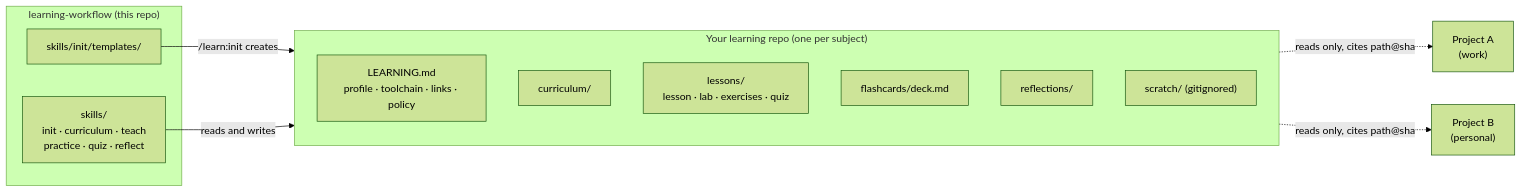
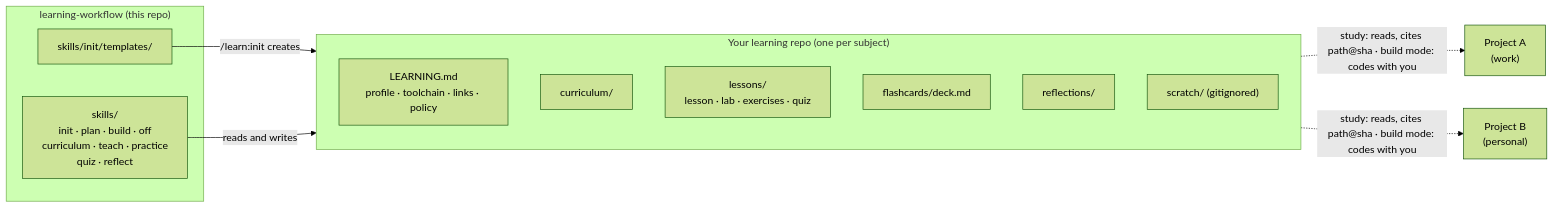
Before and after one commit to rafagomes/learning-workflow: the first of 3 diagrams in README.md, drawn with Mermaid (forest theme). The commit also changed other lines of this file and 6 other files, not shown here.

Commit message:
docs: consistent status rules, FAQ anchors, build-mode walkthrough, diagram and spec alignment

````diff
--- a/README.md
+++ b/README.md
@@ -67,21 +67,21 @@
 ```mermaid
 flowchart LR
     subgraph plugin["learning-workflow (this repo)"]
-        S["skills/<br/>init · curriculum · teach<br/>practice · quiz · reflect"]
+        S["skills/<br/>init · plan · build · off<br/>curriculum · teach · practice<br/>quiz · reflect"]
         T["skills/init/templates/"]
     end
     subgraph space["Your learning repo (one per subject)"]
         L["LEARNING.md<br/>profile · toolchain · links · policy"]
         C["curriculum/"]
         LS["lessons/<br/>lesson · lab · exercises · quiz"]
         F["flashcards/deck.md"]
         R["reflections/"]
         X["scratch/ (gitignored)"]
     end
     P1["Project A<br/>(work)"]
     P2["Project B<br/>(personal)"]
     T -- "/learn:init creates" --> space
     S -- "reads and writes" --> space
-    space -. "reads only, cites path@sha" .-> P1
-    space -. "reads only, cites path@sha" .-> P2
+    space -. "study: reads, cites path@sha · build mode: codes with you" .-> P1
+    space -. "study: reads, cites path@sha · build mode: codes with you" .-> P2
 ```
````
